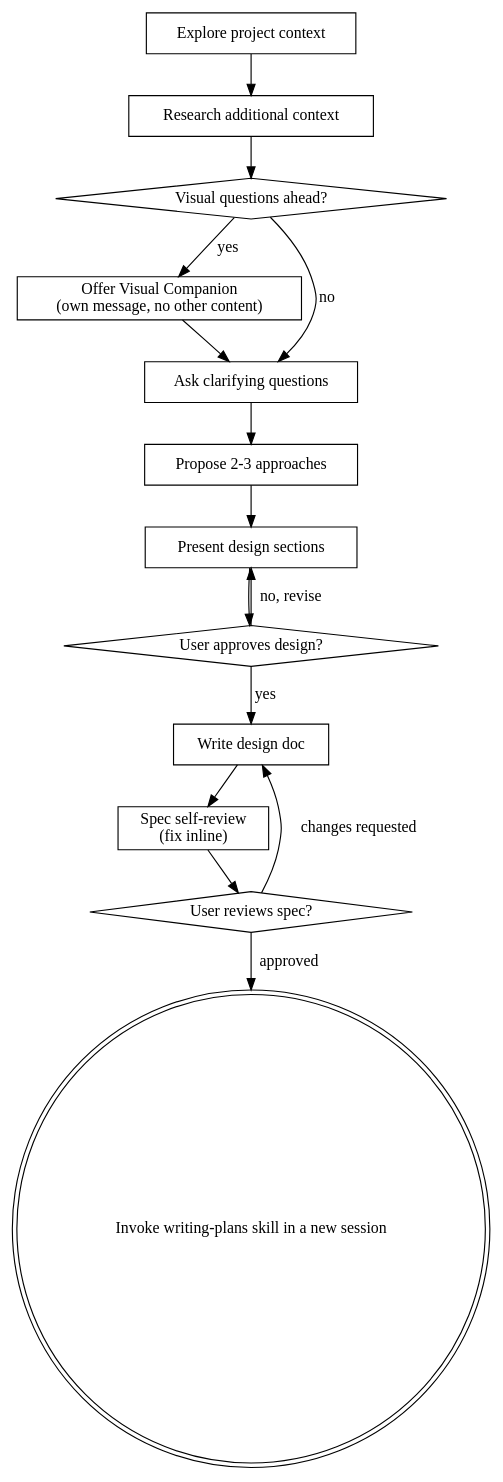
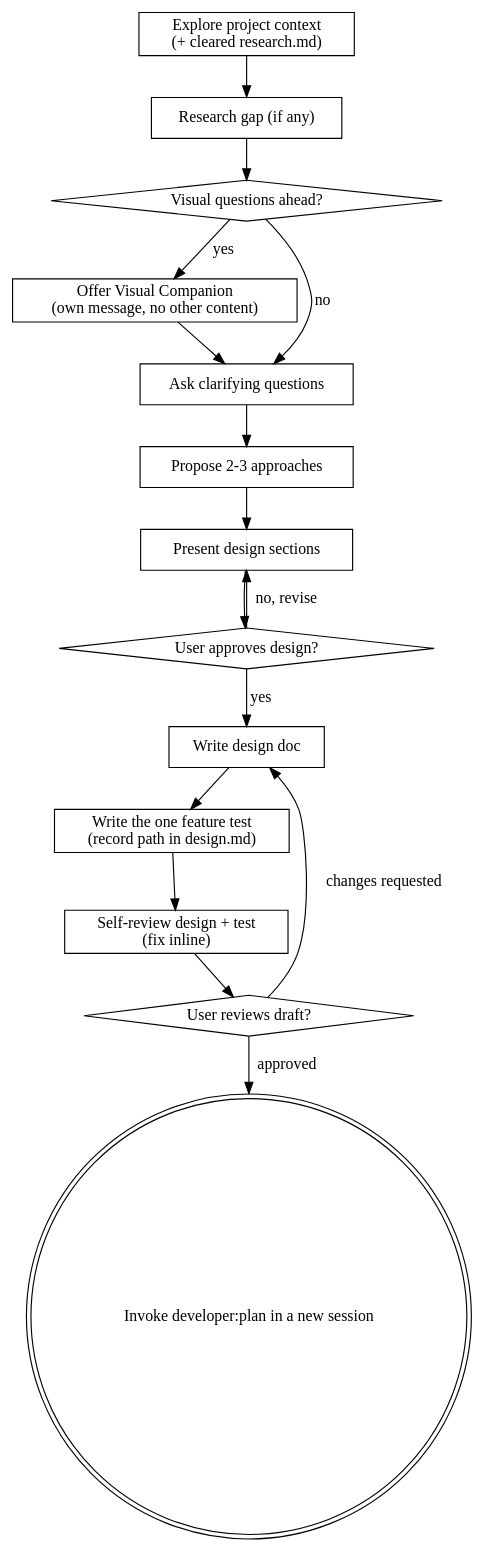
The diagram in developer/skills/design/SKILL.md (DavidSouther/domain-driven-design), drawn with Graphviz before and after one commit. The commit also changed other lines of this file and 21 other files, not shown here.

First line of the commit message:
developer: merge feature-test into design, retire the feature-test skill

````diff
--- a/developer/skills/design/SKILL.md
+++ b/developer/skills/design/SKILL.md
@@ -45,31 +61,33 @@
 ```dot
 digraph brainstorming {
-    explore [shape=box label="Explore project context"];
-    research [shape=box label="Research additional context"];
+    explore [shape=box label="Explore project context\n(+ cleared research.md)"];
+    research [shape=box label="Research gap (if any)"];
     visual_q [shape=diamond label="Visual questions ahead?"];
     visual [shape=box label="Offer Visual Companion\n(own message, no other content)"];
     clarify [shape=box label="Ask clarifying questions"];
     propose [shape=box label="Propose 2-3 approaches"];
     present [shape=box label="Present design sections"];
     user_ok [shape=diamond label="User approves design?"];
     write [shape=box label="Write design doc"];
-    review [shape=box label="Spec self-review\n(fix inline)"];
-    user_review [shape=diamond label="User reviews spec?"];
-    done [shape=doublecircle label="Invoke writing-plans skill in a new session"];
+    test [shape=box label="Write the one feature test\n(record path in design.md)"];
+    review [shape=box label="Self-review design + test\n(fix inline)"];
+    user_review [shape=diamond label="User reviews draft?"];
+    done [shape=doublecircle label="Invoke developer:plan in a new session"];
 
     explore -> research;
     research -> visual_q;
     visual_q -> visual [label="yes"];
     visual_q -> clarify [label="no"];
     visual -> clarify;
     clarify -> propose;
     propose -> present;
     present -> user_ok;
     user_ok -> present [label="no, revise"];
     user_ok -> write [label="yes"];
-    write -> review;
+    write -> test;
+    test -> review;
     review -> user_review;
     user_review -> write [label="changes requested"];
     user_review -> done [label="approved"];
 }
 ```
````
